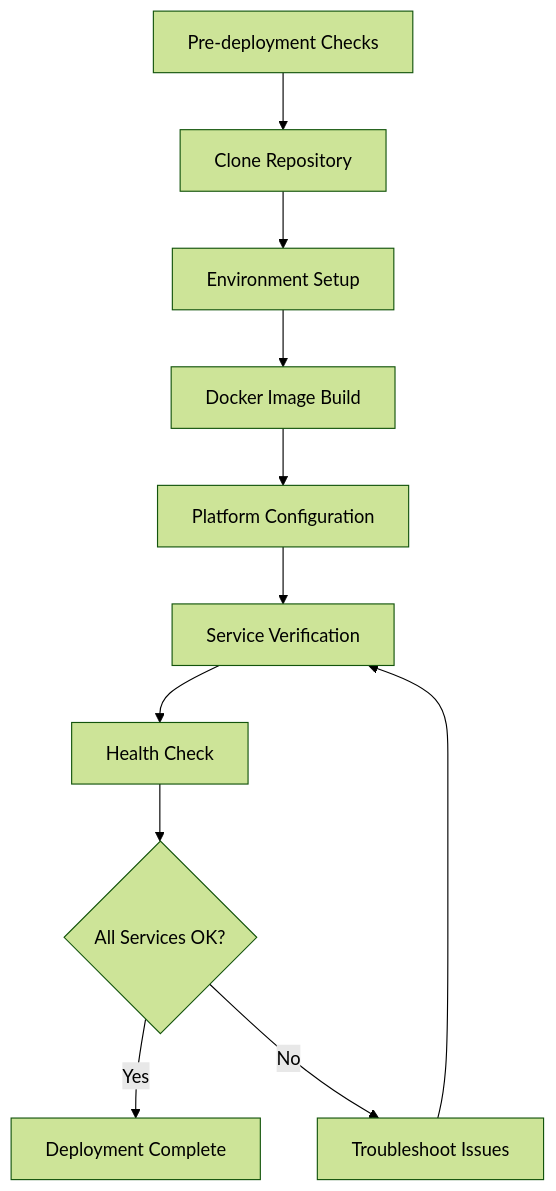
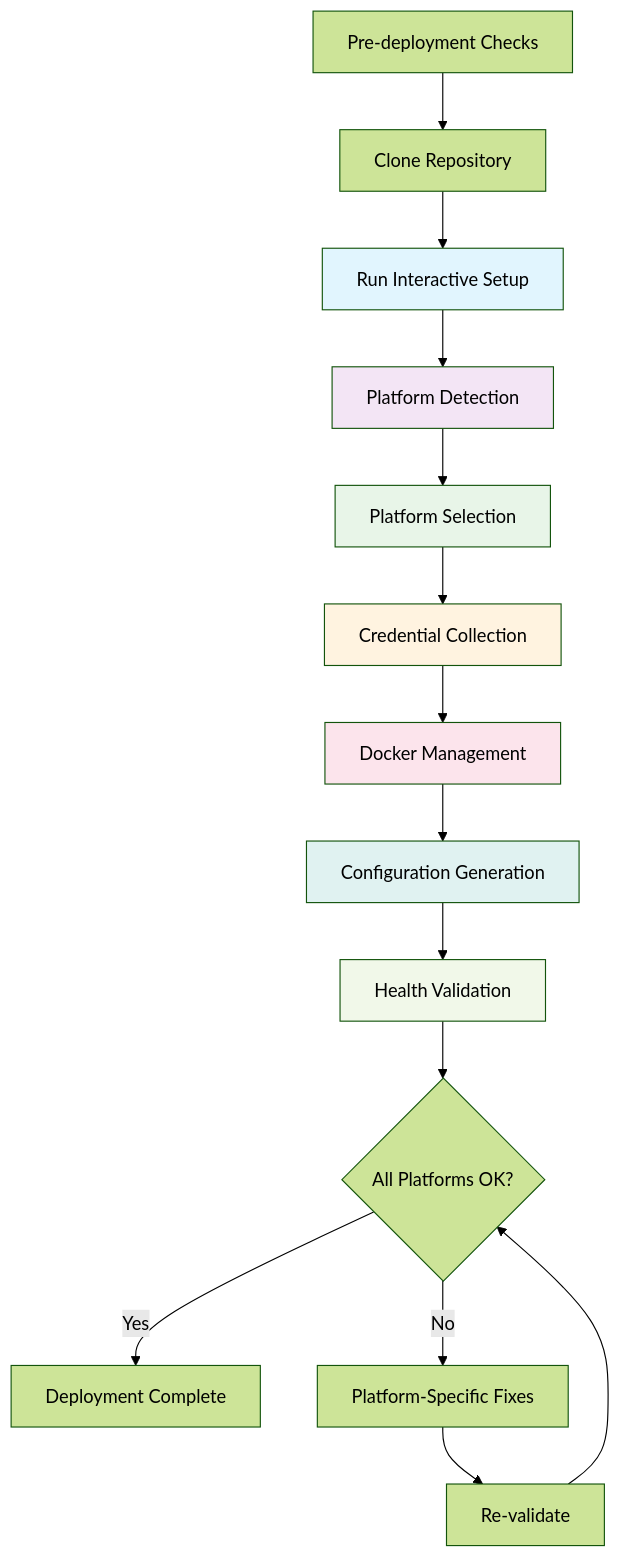
Before and after one commit to aporb/claude-mcp-server-toolkit: the first of 7 diagrams in product-docs/10-operations-guide.md, drawn with Mermaid (forest theme). The commit also changed other lines of this file and 2 other files, not shown here.

First line of the commit message:
docs: update documentation for multi-platform CLI enhancements

````diff
--- a/product-docs/10-operations-guide.md
+++ b/product-docs/10-operations-guide.md
@@ -28,13 +39,24 @@
 ```mermaid
 flowchart TD
     A[Pre-deployment Checks] --> B[Clone Repository]
-    B --> C[Environment Setup]
-    C --> D[Docker Image Build]
-    D --> E[Platform Configuration]
-    E --> F[Service Verification]
-    F --> G[Health Check]
-    G --> H{All Services OK?}
-    H -->|Yes| I[Deployment Complete]
-    H -->|No| J[Troubleshoot Issues]
-    J --> F
+    B --> C[Run Interactive Setup]
+    C --> D[Platform Detection]
+    D --> E[Platform Selection]
+    E --> F[Credential Collection]
+    F --> G[Docker Management]
+    G --> H[Configuration Generation]
+    H --> I[Health Validation]
+    I --> J{All Platforms OK?}
+    J -->|Yes| K[Deployment Complete]
+    J -->|No| L[Platform-Specific Fixes]
+    L --> M[Re-validate]
+    M --> J
+    
+    style C fill:#e1f5fe
+    style D fill:#f3e5f5
+    style E fill:#e8f5e8
+    style F fill:#fff3e0
+    style G fill:#fce4ec
+    style H fill:#e0f2f1
+    style I fill:#f1f8e9
 ```
````
